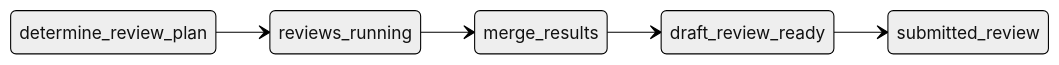
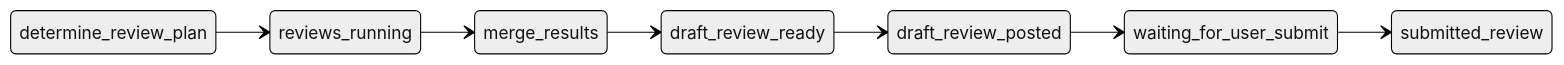
One commit to mfittko/pi-dev-loops changed the second of 2 diagrams in docs/applied-dev-loops-presentation.md. Above: the diagram before and after it, drawn with Mermaid (neutral theme). The commit also changed other lines of this file, not shown here.

````diff
--- a/docs/applied-dev-loops-presentation.md
+++ b/docs/applied-dev-loops-presentation.md
@@ -136,8 +136,10 @@
 ```mermaid {scale: 0.6}
 stateDiagram-v2
   direction LR
   determine_review_plan --> reviews_running
   reviews_running --> merge_results
   merge_results --> draft_review_ready
-  draft_review_ready --> submitted_review
+  draft_review_ready --> draft_review_posted
+  draft_review_posted --> waiting_for_user_submit
+  waiting_for_user_submit --> submitted_review
 ```
````
